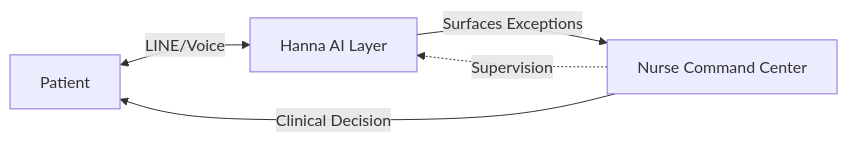
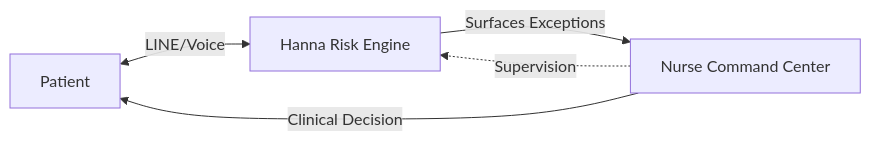
One commit to farhaned07/hanna-line-bot changed the diagram in README.md. Above: the diagram before and after it, drawn with Mermaid. The commit also changed other lines of this file and 64 other files, not shown here.

````diff
--- a/README.md
+++ b/README.md
@@ -46,7 +48,7 @@
 ```mermaid
 graph LR
-    P[Patient] <-->|LINE/Voice| AI[Hanna AI Layer]
+    P[Patient] <-->|LINE/Voice| AI[Hanna Risk Engine]
     AI -->|Surfaces Exceptions| N[Nurse Command Center]
     N -->|Clinical Decision| P
     N -.->|Supervision| AI
 ```
````
